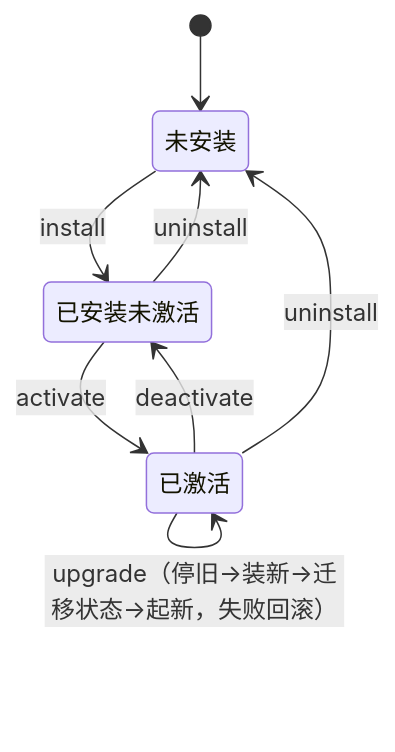
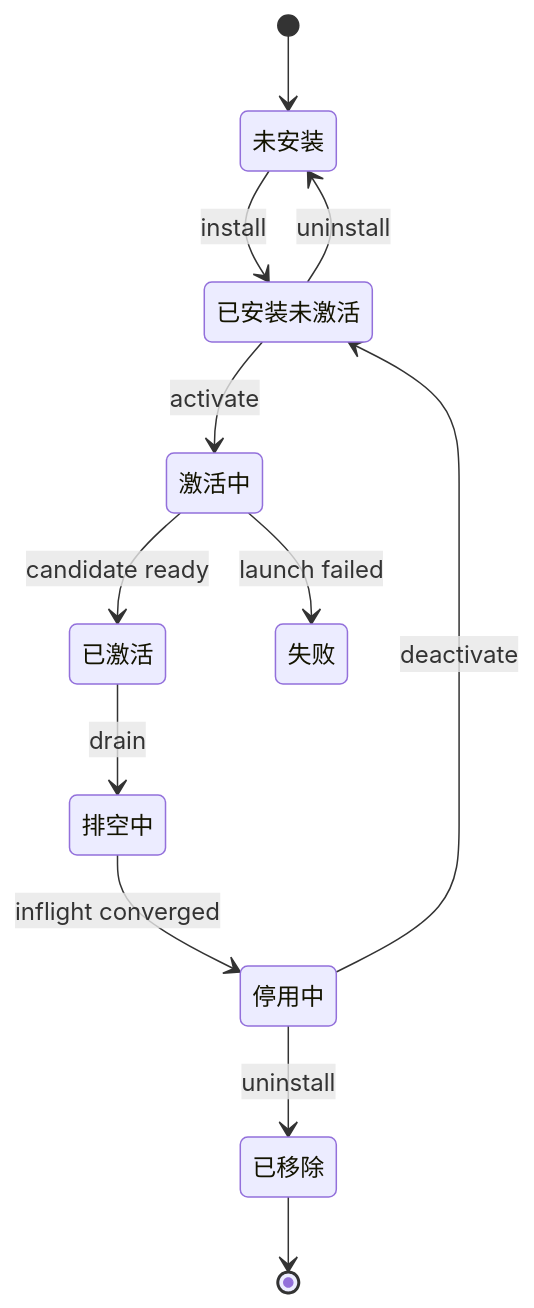
Before and after one commit to yandt/VastPlan: the second of 5 diagrams in docs/dev/architecture/系统架构.md, drawn with Mermaid. The commit also changed other lines of this file and 14 other files, not shown here.

````diff
--- a/docs/dev/architecture/系统架构.md
+++ b/docs/dev/architecture/系统架构.md
@@ -136,10 +136,14 @@
 ```mermaid
 stateDiagram-v2
     [*] --> 未安装
     未安装 --> 已安装未激活: install
-    已安装未激活 --> 已激活: activate
-    已激活 --> 已安装未激活: deactivate
+    已安装未激活 --> 激活中: activate
+    激活中 --> 已激活: candidate ready
+    激活中 --> 失败: launch failed
+    已激活 --> 排空中: drain
+    排空中 --> 停用中: inflight converged
+    停用中 --> 已安装未激活: deactivate
     已安装未激活 --> 未安装: uninstall
-    已激活 --> 未安装: uninstall
-    已激活 --> 已激活: upgrade（停旧→装新→迁移状态→起新，失败回滚）
+    停用中 --> 已移除: uninstall
+    已移除 --> [*]
 ```
````
